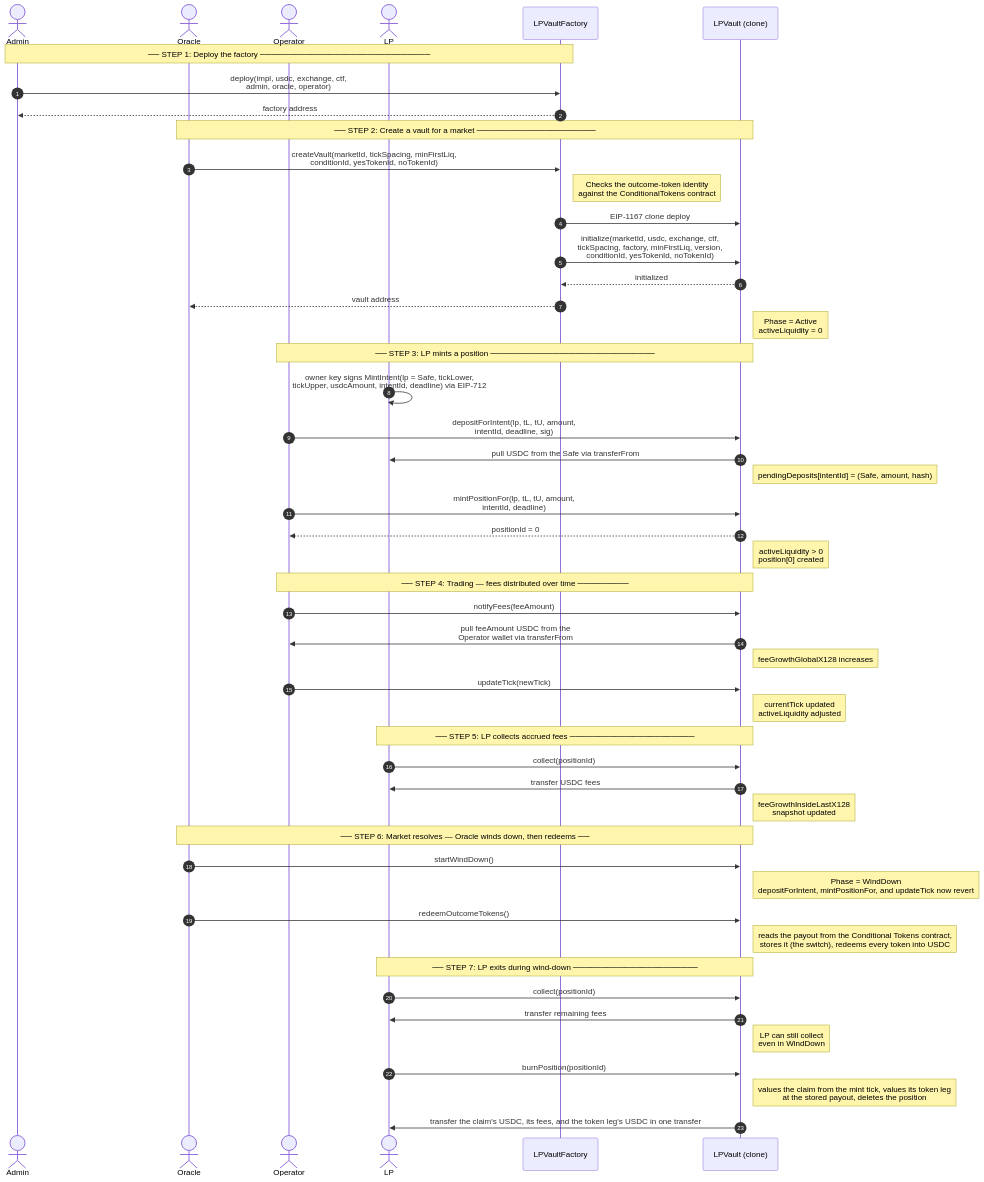
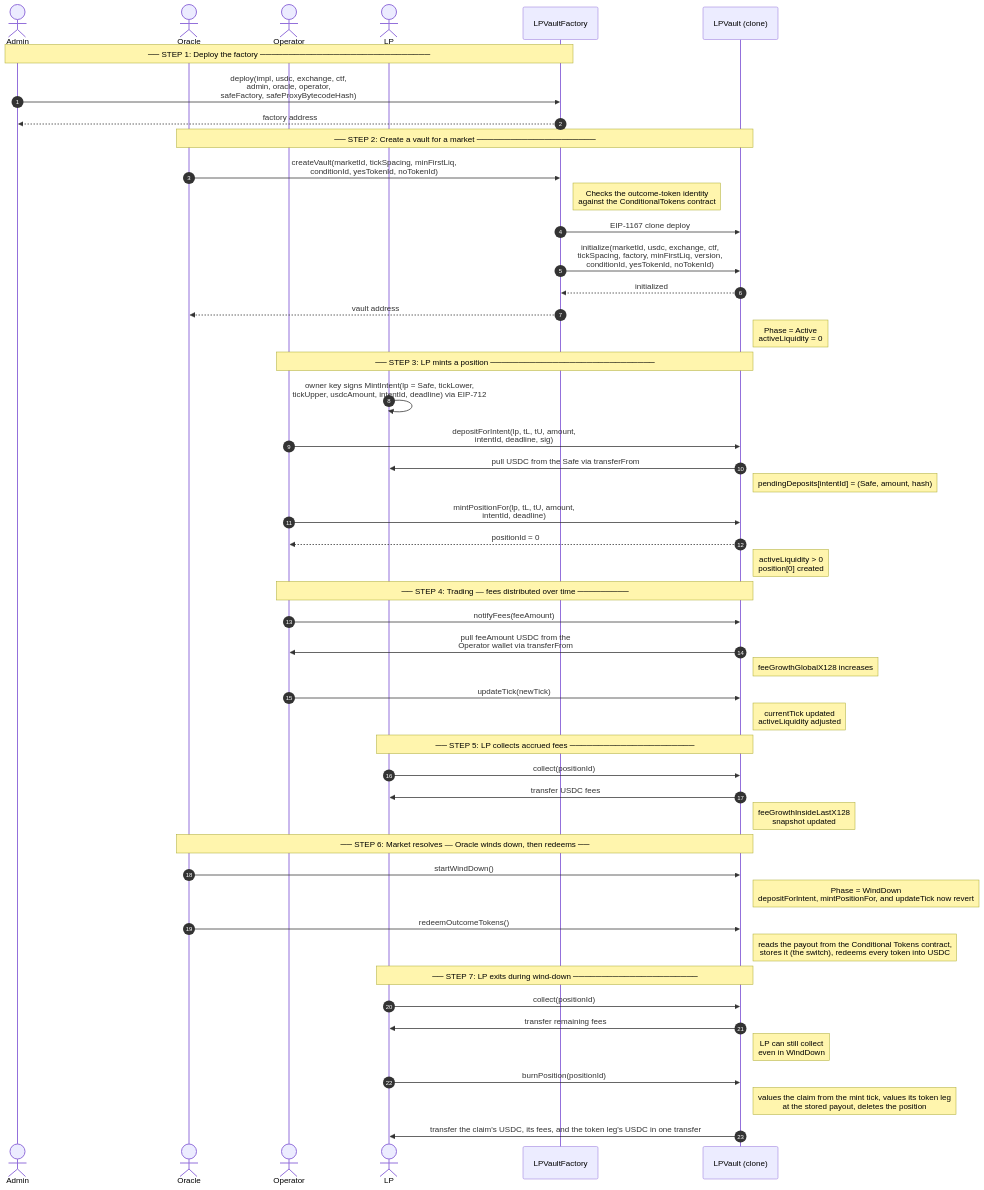
Before and after one commit to ProphetMarket/lp-vaults: the second of 17 diagrams in FLOWS.md, drawn with Mermaid. The commit also changed other lines of this file and 3 other files, not shown here.

````diff
--- a/FLOWS.md
+++ b/FLOWS.md
@@ -41,58 +41,58 @@
 ```mermaid
 sequenceDiagram
     autonumber
     actor Admin
     actor Oracle
     actor Operator
     actor LP
     participant Factory as LPVaultFactory
     participant Vault as LPVault (clone)
 
     Note over Admin,Factory: ── STEP 1: Deploy the factory ──────────────────────────────
-    Admin->>Factory: deploy(impl, usdc, exchange, ctf,<br/>admin, oracle, operator)
+    Admin->>Factory: deploy(impl, usdc, exchange, ctf,<br/>admin, oracle, operator,<br/>safeFactory, safeProxyBytecodeHash)
     Factory-->>Admin: factory address
 
     Note over Oracle,Vault: ── STEP 2: Create a vault for a market ─────────────────────
     Oracle->>Factory: createVault(marketId, tickSpacing, minFirstLiq,<br/>conditionId, yesTokenId, noTokenId)
     Note right of Factory: Checks the outcome-token identity<br/>against the ConditionalTokens contract
     Factory->>Vault: EIP-1167 clone deploy
     Factory->>Vault: initialize(marketId, usdc, exchange, ctf,<br/>tickSpacing, factory, minFirstLiq, version,<br/>conditionId, yesTokenId, noTokenId)
     Vault-->>Factory: initialized
     Factory-->>Oracle: vault address
     Note right of Vault: Phase = Active<br/>activeLiquidity = 0
 
     Note over Operator,Vault: ── STEP 3: LP mints a position ─────────────────────────────
     LP->>LP: owner key signs MintIntent(lp = Safe, tickLower,<br/>tickUpper, usdcAmount, intentId, deadline) via EIP-712
     Operator->>Vault: depositForIntent(lp, tL, tU, amount,<br/>intentId, deadline, sig)
     Vault->>LP: pull USDC from the Safe via transferFrom
     Note right of Vault: pendingDeposits[intentId] = (Safe, amount, hash)
     Operator->>Vault: mintPositionFor(lp, tL, tU, amount,<br/>intentId, deadline)
     Vault-->>Operator: positionId = 0
     Note right of Vault: activeLiquidity > 0<br/>position[0] created
 
     Note over Operator,Vault: ── STEP 4: Trading — fees distributed over time ─────────
     Operator->>Vault: notifyFees(feeAmount)
     Vault->>Operator: pull feeAmount USDC from the<br/>Operator wallet via transferFrom
     Note right of Vault: feeGrowthGlobalX128 increases
     Operator->>Vault: updateTick(newTick)
     Note right of Vault: currentTick updated<br/>activeLiquidity adjusted
 
     Note over LP,Vault: ── STEP 5: LP collects accrued fees ──────────────────────
     LP->>Vault: collect(positionId)
     Vault->>LP: transfer USDC fees
     Note right of Vault: feeGrowthInsideLastX128<br/>snapshot updated
 
     Note over Oracle,Vault: ── STEP 6: Market resolves — Oracle winds down, then redeems ──
     Oracle->>Vault: startWindDown()
     Note right of Vault: Phase = WindDown<br/>depositForIntent, mintPositionFor, and updateTick now revert
     Oracle->>Vault: redeemOutcomeTokens()
     Note right of Vault: reads the payout from the Conditional Tokens contract,<br/>stores it (the switch), redeems every token into USDC
 
     Note over LP,Vault: ── STEP 7: LP exits during wind-down ──────────────────────
     LP->>Vault: collect(positionId)
     Vault->>LP: transfer remaining fees
     Note right of Vault: LP can still collect<br/>even in WindDown
     LP->>Vault: burnPosition(positionId)
     Note right of Vault: values the claim from the mint tick, values its token leg<br/>at the stored payout, deletes the position
     Vault->>LP: transfer the claim's USDC, its fees, and the token leg's USDC in one transfer
 ```
````
